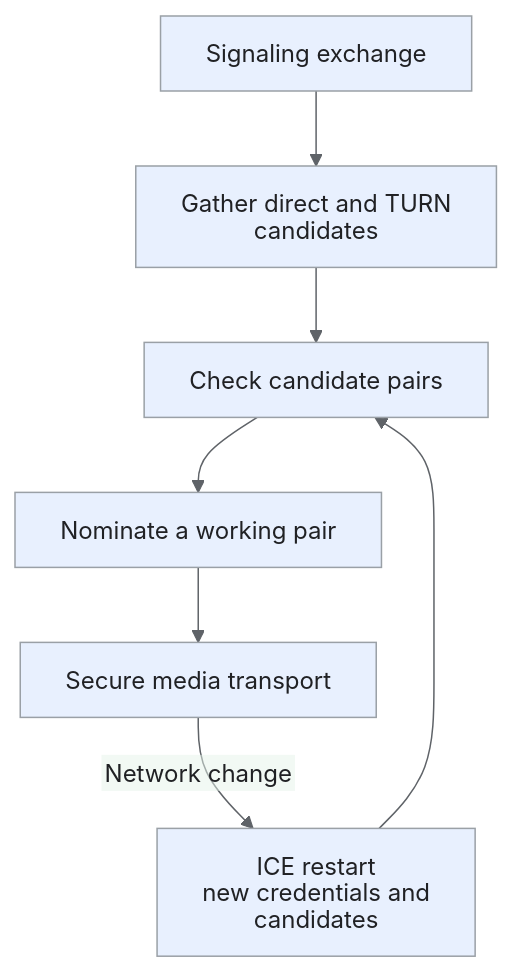
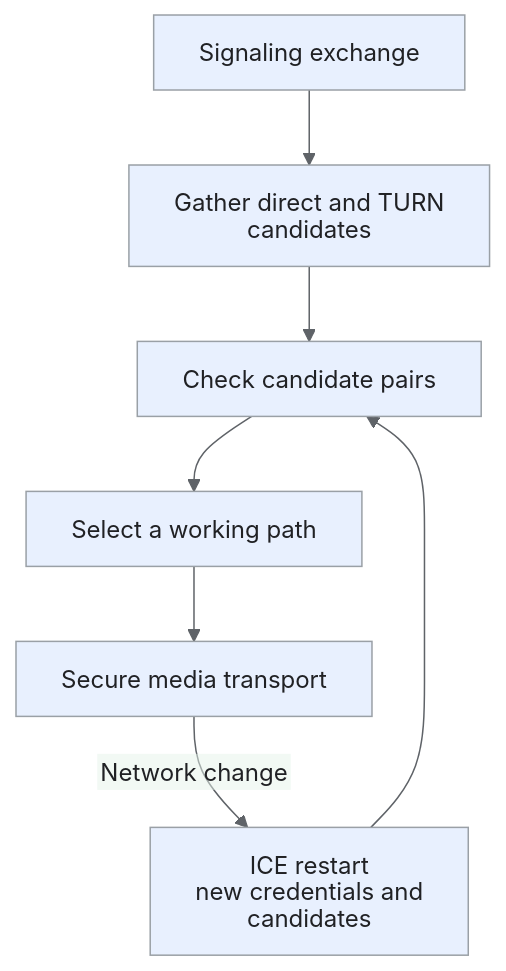
Before and after one commit to iliazlobin/iliazlobin.github.io: the fourth of 7 diagrams in _designs/system-design-video-conferencing-zoom.md, drawn with Mermaid. The commit also changed other lines of this file and 4 other files, not shown here.

Commit message:
docs: verify Zoom concept introductions and readable flows

````diff
--- a/_designs/system-design-video-conferencing-zoom.md
+++ b/_designs/system-design-video-conferencing-zoom.md
@@ -314,15 +316,15 @@
 ```mermaid
 %%{init: {'theme':'base','htmlLabels':false,'flowchart':{'htmlLabels':false},'themeVariables':{'fontFamily':'Arial, sans-serif','primaryColor':'#e8f0fe','primaryTextColor':'#202124','primaryBorderColor':'#9aa0a6','lineColor':'#5f6368','secondaryColor':'#e6f4ea','tertiaryColor':'#fef7e0','actorBkg':'#e8f0fe','actorBorder':'#9aa0a6','actorTextColor':'#202124','noteBkgColor':'#fef7e0','noteTextColor':'#202124','noteBorderColor':'#9aa0a6','signalColor':'#5f6368','signalTextColor':'#202124','labelBoxBkgColor':'#fef7e0','labelBoxBorderColor':'#9aa0a6'}}}%%
 flowchart TB
   S["Signaling exchange"] --> G["Gather direct and TURN candidates"]
   G --> C["Check candidate pairs"]
-  C --> N["Nominate a working pair"]
+  C --> N["Select a working path"]
   N --> M["Secure media transport"]
   M -->|"Network change"| R["ICE restart<br>new credentials and candidates"]
   R --> C
 classDef request fill:#e8f0fe,stroke:#9aa0a6,color:#202124;
 classDef data fill:#e6f4ea,stroke:#9aa0a6,color:#202124;
 classDef control fill:#fef7e0,stroke:#9aa0a6,color:#202124;
 classDef danger fill:#fce8e6,stroke:#9aa0a6,color:#202124;
 class S,G,C,N,M,R request;
 ```
````
